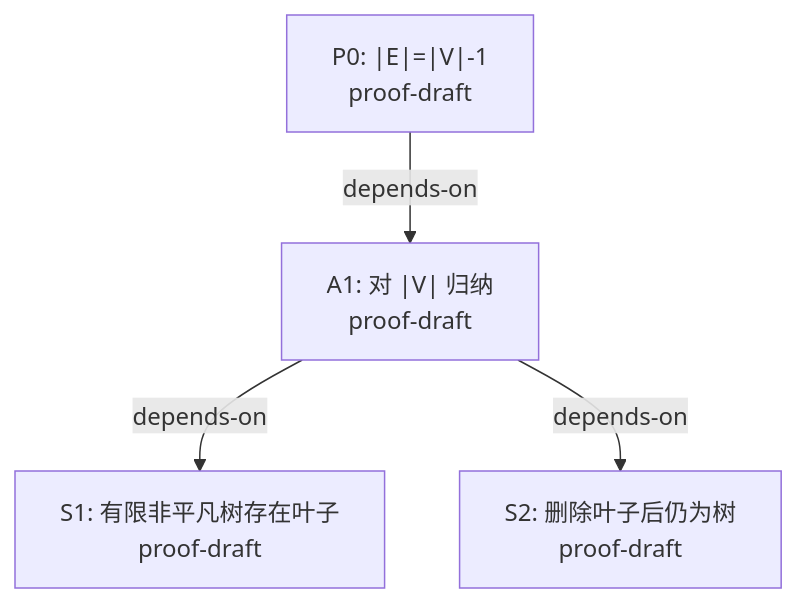
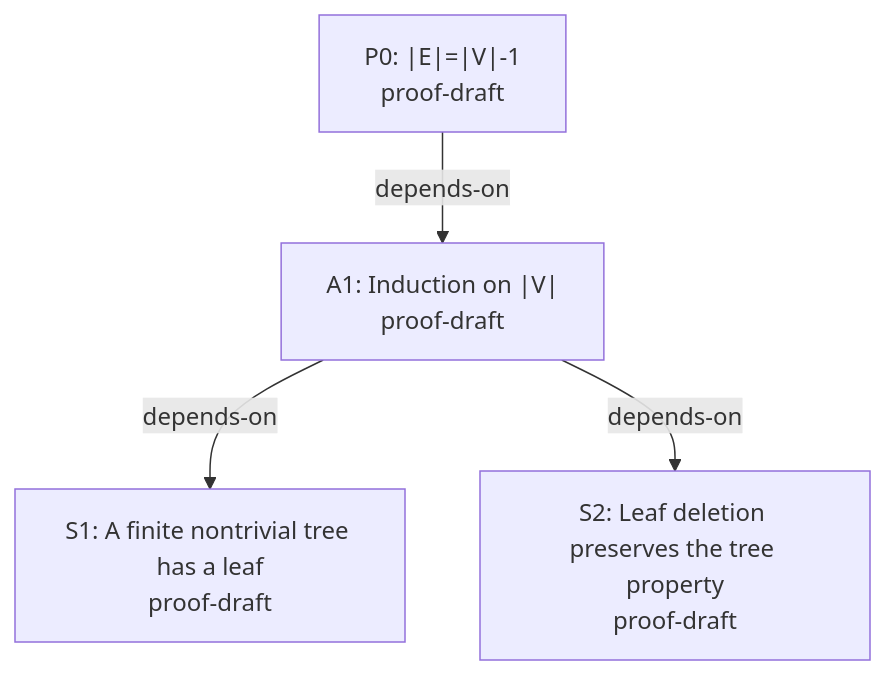
One commit to coker412/graph-geometry-research-workspace changed the diagram in examples/tree-edge-count/proof-map.md. Above: the diagram before and after it, drawn with Mermaid. The commit also changed other lines of this file and 70 other files, not shown here.

````diff
--- a/examples/tree-edge-count/proof-map.md
+++ b/examples/tree-edge-count/proof-map.md
@@ -3,11 +3,10 @@
 ```mermaid
 flowchart TD
     P0["P0: |E|=|V|-1<br/>proof-draft"]
-    A1["A1: 对 |V| 归纳<br/>proof-draft"]
-    S1["S1: 有限非平凡树存在叶子<br/>proof-draft"]
-    S2["S2: 删除叶子后仍为树<br/>proof-draft"]
-
+    A1["A1: Induction on |V|<br/>proof-draft"]
+    S1["S1: A finite nontrivial tree has a leaf<br/>proof-draft"]
+    S2["S2: Leaf deletion preserves the tree property<br/>proof-draft"]
     P0 -->|depends-on| A1
     A1 -->|depends-on| S1
     A1 -->|depends-on| S2
 ```
````
